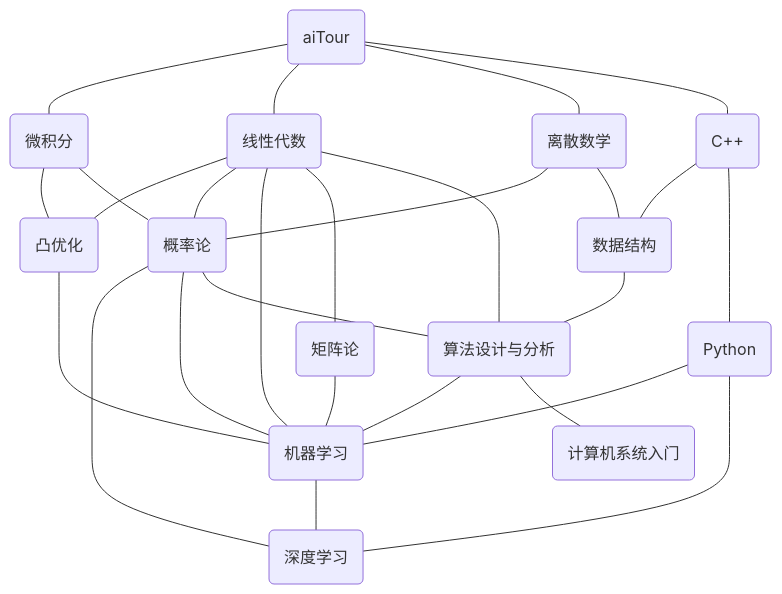
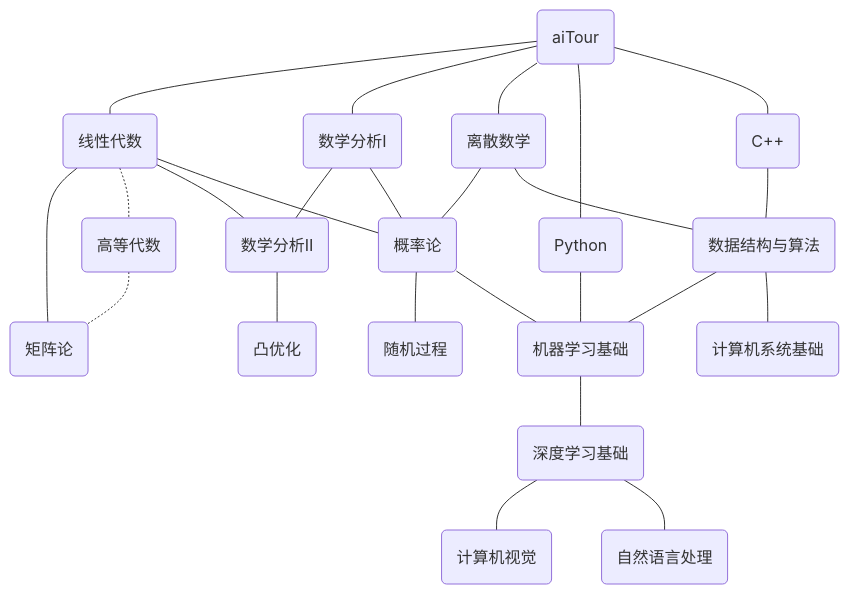
The diagram in docs/learning-path.md (KinnariyaMamaTanha/aiTour), drawn with Mermaid before and after one commit. The commit also changed other lines of this file and 66 other files, not shown here.

Commit message:
Added ML, DL, Prob, mathematical analysis, advanced linear algebra, overview, good books; modified index and README; changed the whole layout of website

````diff
--- a/docs/learning-path.md
+++ b/docs/learning-path.md
@@ -5,59 +5,46 @@
 ```mermaid
 graph TD
     aiTour(aiTour)
     A(C++)
     B(Python)
-    C(微积分)
-    D(线性代数)
+    C1(数学分析Ⅰ)
+    C2(数学分析Ⅱ)
+    D1(线性代数)
+    D2(高等代数)
+    D3(矩阵论)
     E(离散数学)
-    F(算法设计与分析)
-    G(数据结构)
-    H(概率论)
-    I(机器学习)
-    J(深度学习)
+    F(计算机系统基础)
+    G(数据结构与算法)
+    H1(概率论)
+    H2(随机过程)
+    I1(机器学习基础)
+    J1(深度学习基础)
+    J2(计算机视觉)
+    J3(自然语言处理)
     K(凸优化)
-    L(计算机系统入门)
-    M(矩阵论)
 
-    click aiTour "../"
-    click A "../da-yi-shang/c++/"
-    click B "../da-yi-shang/python/"
-    click C "../da-yi-shang/calculus-1/"
-    click D "../da-yi-shang/linear-algebra/"
-    click E "../da-yi-shang/discrete-math/"
-    click F "../da-yi-han-jia/algorithm/"
-    click G "../da-yi-han-jia/data-structure/"
-    click H "../da-yi-xia/probability/"
-    click I "../da-yi-xia/machine-learning/"
-    click J "../da-yi-xia/deep-learning/"
-    click K "../da-yi-shu-jia/convex-optimization/"
-    click L "../da-yi-shu-jia/CSAPP/"
-    click M "../da-yi-shu-jia/matrix-theory/"
-
-    aiTour---C
-    aiTour---D
+    aiTour---D1
+    aiTour---C1
     aiTour---E
+    aiTour---B
     aiTour---A
     A---G
-    A---B
-    B---I
-    B---J
-    C---K
-    D---K
-    C---H
-    D---H
-    D---I
-    D---M
-    D---F
-    E---H
+    B---I1
+    C2---K
+    C1---C2
+    C1---H1
+    D1---D3
+    D1-.-D2
+    D1---C2
+    D2-.-D3
+    D1---H1
+    E---H1
     E---G
-    F---I
-    F---L
+    G---I1
     G---F
-    H---J
-    H---I
-    H---F
-    I---J
-    M---I
-    K---I
+    H1---H2
+    H1---I1
+    I1---J1
+    J1---J2
+    J1---J3
 ```
````
